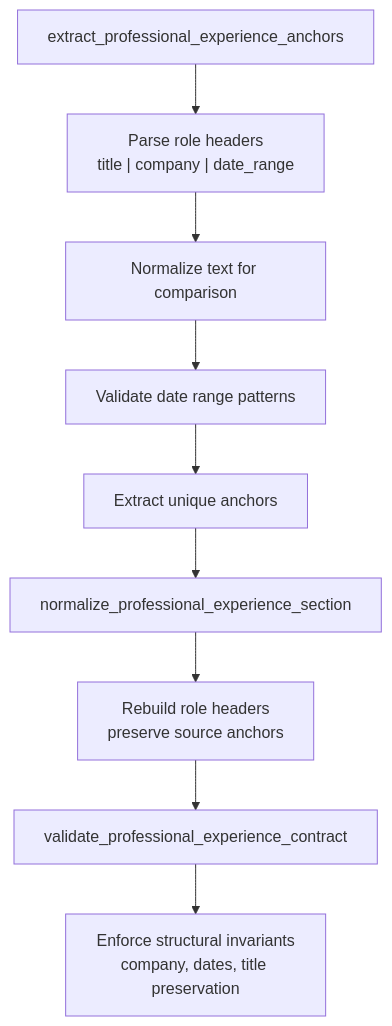
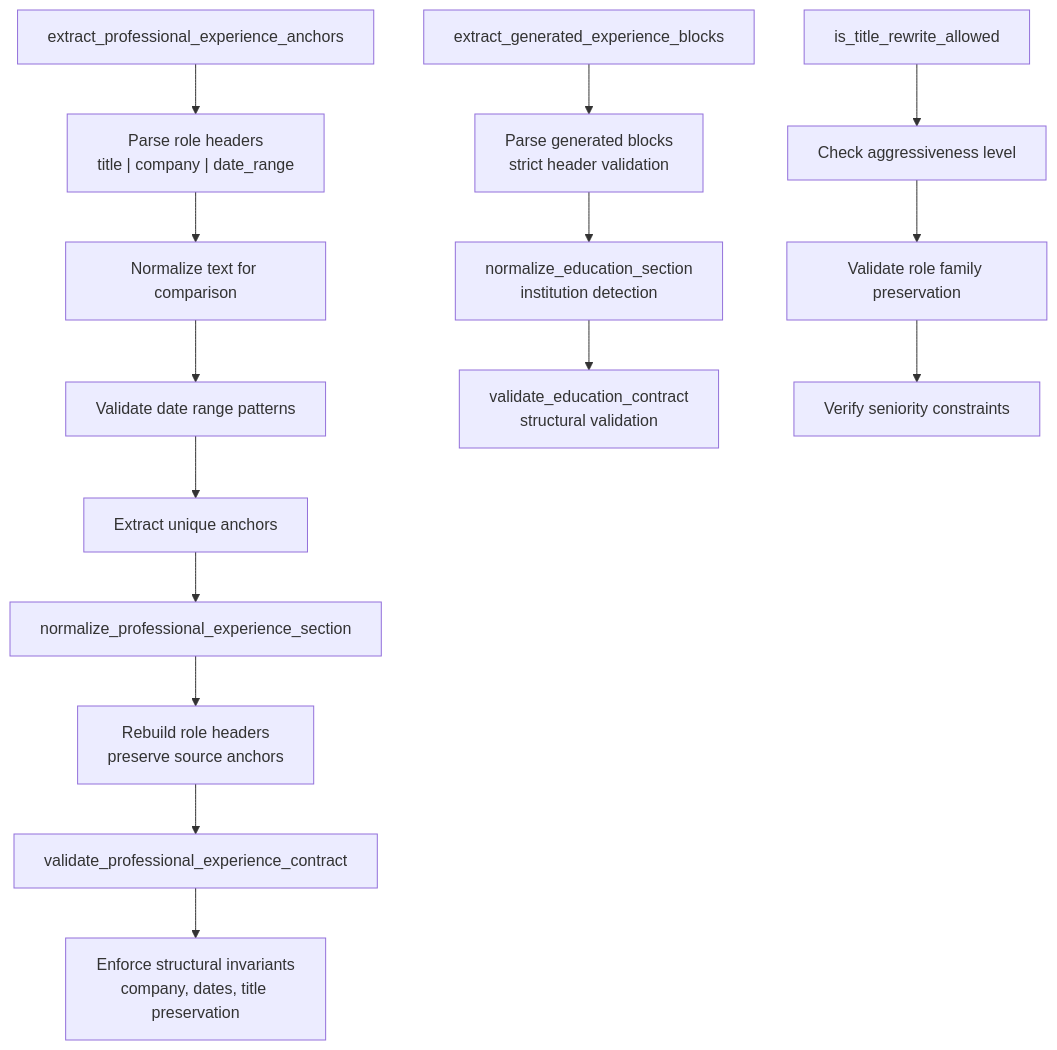
One commit to sankaL/resume-app changed the seventh of 16 diagrams in .qoder/repowiki/en/content/AI Agent System/AI Agent System.md. Above: the diagram before and after it, drawn with Mermaid. The commit also changed other lines of this file and 7 other files, not shown here.

````diff
--- a/.qoder/repowiki/en/content/AI Agent System/AI Agent System.md
+++ b/.qoder/repowiki/en/content/AI Agent System/AI Agent System.md
@@ -380,11 +397,17 @@
 ```mermaid
 flowchart TD
 A["extract_professional_experience_anchors"] --> B["Parse role headers<br/>title | company | date_range"]
 B --> C["Normalize text for comparison"]
 C --> D["Validate date range patterns"]
 D --> E["Extract unique anchors"]
 E --> F["normalize_professional_experience_section"]
 F --> G["Rebuild role headers<br/>preserve source anchors"]
 G --> H["validate_professional_experience_contract"]
 H --> I["Enforce structural invariants<br/>company, dates, title preservation"]
+J["extract_generated_experience_blocks"] --> K["Parse generated blocks<br/>strict header validation"]
+K --> L["normalize_education_section<br/>institution detection"]
+L --> M["validate_education_contract<br/>structural validation"]
+N["is_title_rewrite_allowed"] --> O["Check aggressiveness level"]
+O --> P["Validate role family preservation"]
+P --> Q["Verify seniority constraints"]
 ```
````
